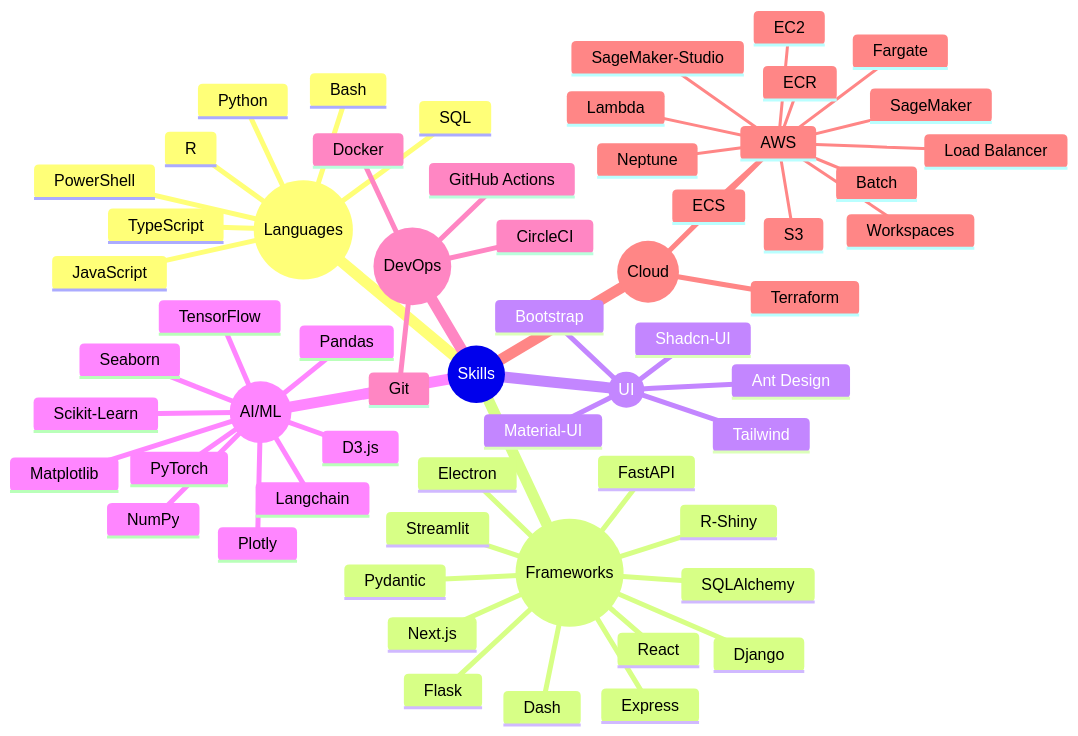
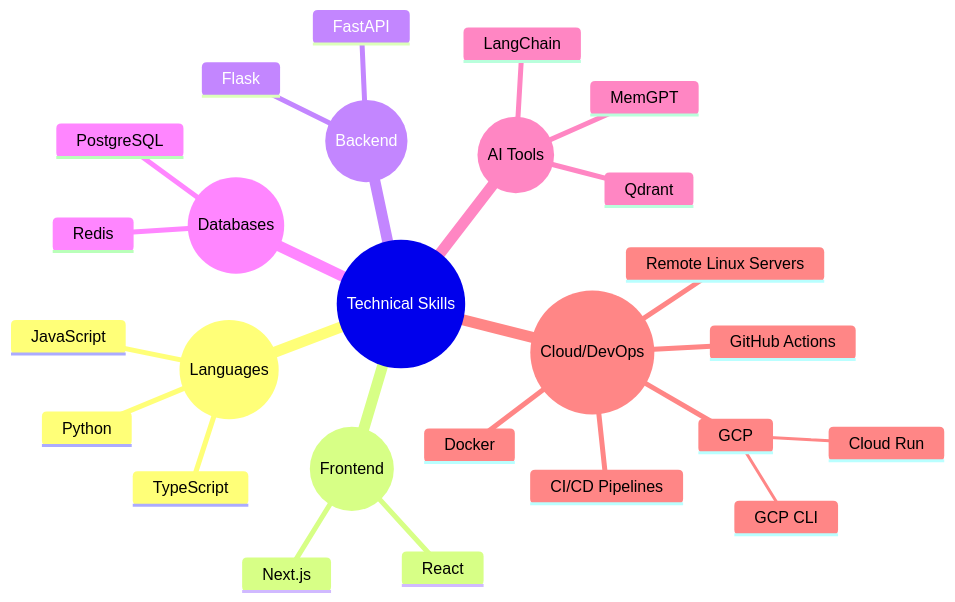
One commit to Himanshu2561/Himanshu2561 changed the diagram in README.md. Above: the diagram before and after it, drawn with Mermaid. The commit also changed other lines of this file, not shown here.

````diff
--- a/README.md
+++ b/README.md
@@ -9,62 +10,29 @@
 ```mermaid
 mindmap
-  root((Skills))
+  root((Technical Skills))
     ((Languages))
       Python
+      TypeScript
       JavaScript
-      TypeScript
-      R
-      SQL
-      Bash
-      PowerShell
-    ((Frameworks))
+    ((Frontend))
       React
+      Next.js
+    ((Backend))
+      FastAPI
       Flask
-      Django
-      FastAPI
-      Express
-      Electron
-      Next.js
-      Dash
-      R-Shiny
-      Streamlit
-      Pydantic
-      SQLAlchemy
-    ((UI))
-      Material-UI
-      Tailwind
-      Shadcn-UI
-      Ant Design
-      Bootstrap
-    ((AI/ML))
-      PyTorch
-      TensorFlow
-      Plotly
-      D3.js
-      Pandas
-      NumPy
-      Matplotlib
-      Seaborn
-      Scikit-Learn
-      Langchain
-    ((DevOps))
-      Git
+    ((Databases))
+      PostgreSQL
+      Redis
+    ((AI Tools))
+      MemGPT
+      LangChain
+      Qdrant
+    ((Cloud/DevOps))
+      GCP
+        Cloud Run
+        GCP CLI
       Docker
-      CircleCI
       GitHub Actions
-    ((Cloud))
-      AWS
-        S3
-        Lambda
-        SageMaker
-        SageMaker-Studio
-        Batch
-        ECR
-        Fargate
-        EC2
-        Workspaces
-        Neptune
-        ECS
-        Load Balancer
-      Terraform
+      CI/CD Pipelines
+      Remote Linux Servers
 ```
````
